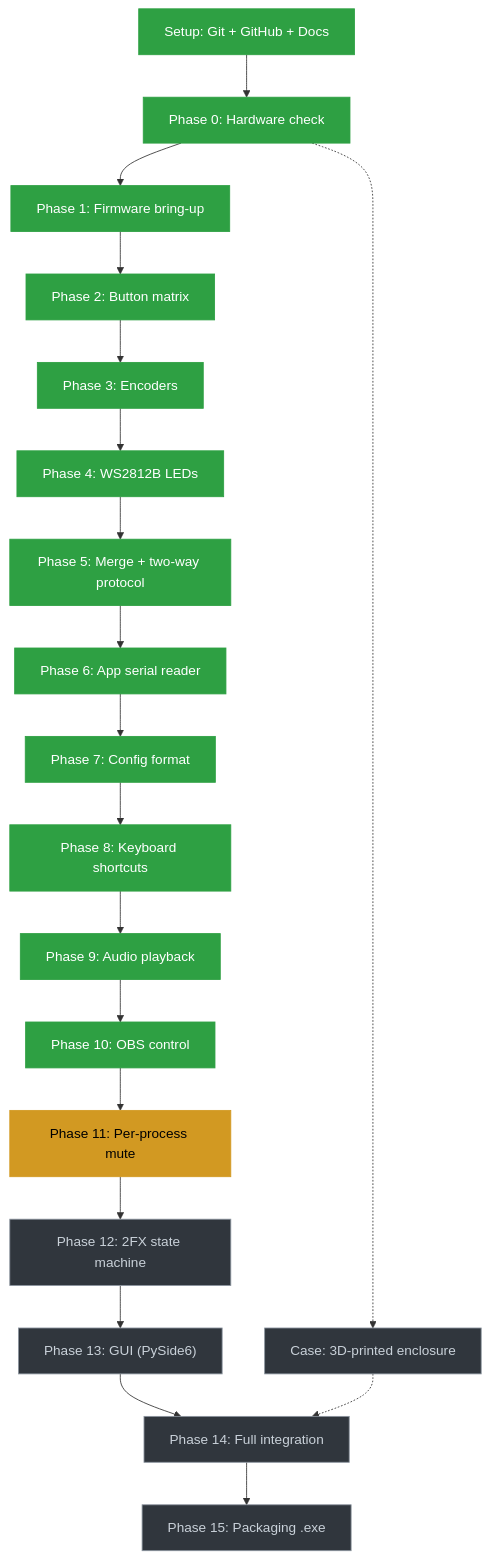
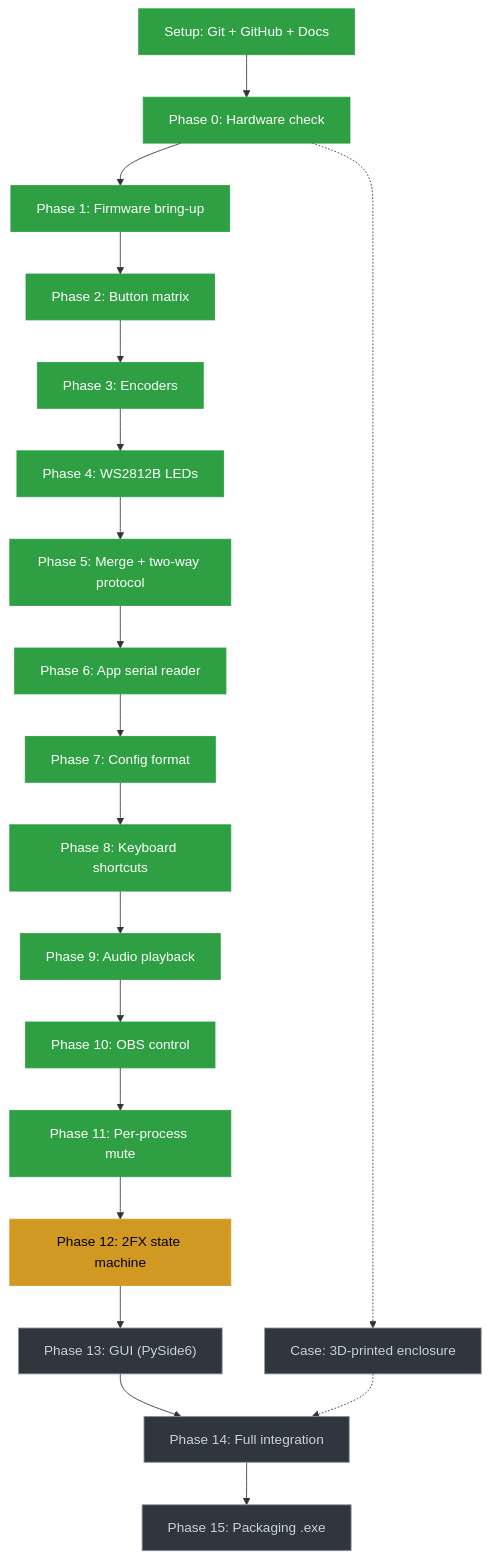
Before and after one commit to NeoCraftStudio/stream-deck-macro: the diagram in README.md, drawn with Mermaid. The commit also changed 3 other files, not shown here.

Commit message:
phase 11 testing muting a web page done

````diff
--- a/README.md
+++ b/README.md
@@ -19,25 +19,25 @@
 ```mermaid
 flowchart TD
     S["Setup: Git + GitHub + Docs"]:::done --> P0["Phase 0: Hardware check"]:::done
     P0 --> P1["Phase 1: Firmware bring-up"]:::done
     P1 --> P2["Phase 2: Button matrix"]:::done
     P2 --> P3["Phase 3: Encoders"]:::done
     P3 --> P4["Phase 4: WS2812B LEDs"]:::done
     P4 --> P5["Phase 5: Merge + two-way protocol"]:::done
     P5 --> P6["Phase 6: App serial reader"]:::done
     P6 --> P7["Phase 7: Config format"]:::done
     P7 --> P8["Phase 8: Keyboard shortcuts"]:::done
     P8 --> P9["Phase 9: Audio playback"]:::done
     P9 --> P10["Phase 10: OBS control"]:::done
-    P10 --> P11["Phase 11: Per-process mute"]:::current
-    P11 --> P12["Phase 12: 2FX state machine"]:::todo
+    P10 --> P11["Phase 11: Per-process mute"]:::done
+    P11 --> P12["Phase 12: 2FX state machine"]:::current
     P12 --> P13["Phase 13: GUI (PySide6)"]:::todo
     P13 --> P14["Phase 14: Full integration"]:::todo
     P14 --> P15["Phase 15: Packaging .exe"]:::todo
     P0 -.-> C["Case: 3D-printed enclosure"]:::todo
     C -.-> P14
 
     classDef done fill:#2ea043,stroke:#2ea043,color:#fff
     classDef current fill:#d29922,stroke:#d29922,color:#000
     classDef todo fill:#30363d,stroke:#8b949e,color:#c9d1d9
 ```
````
